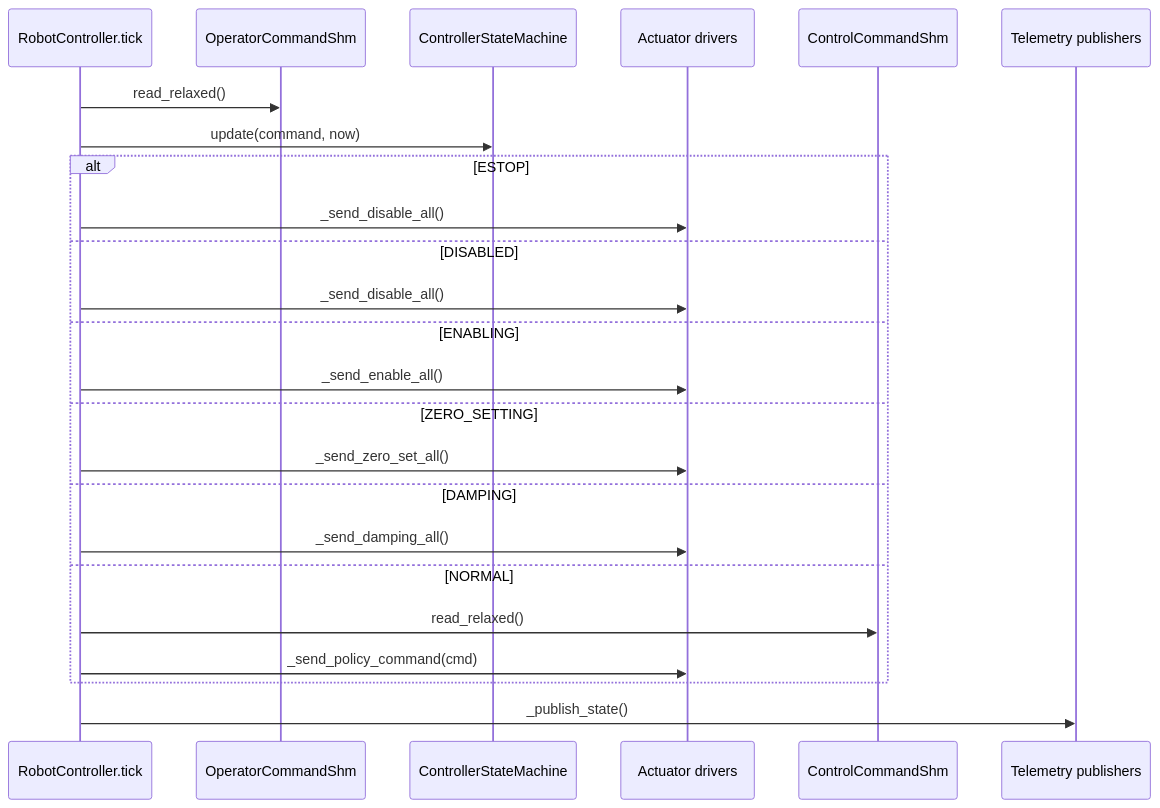
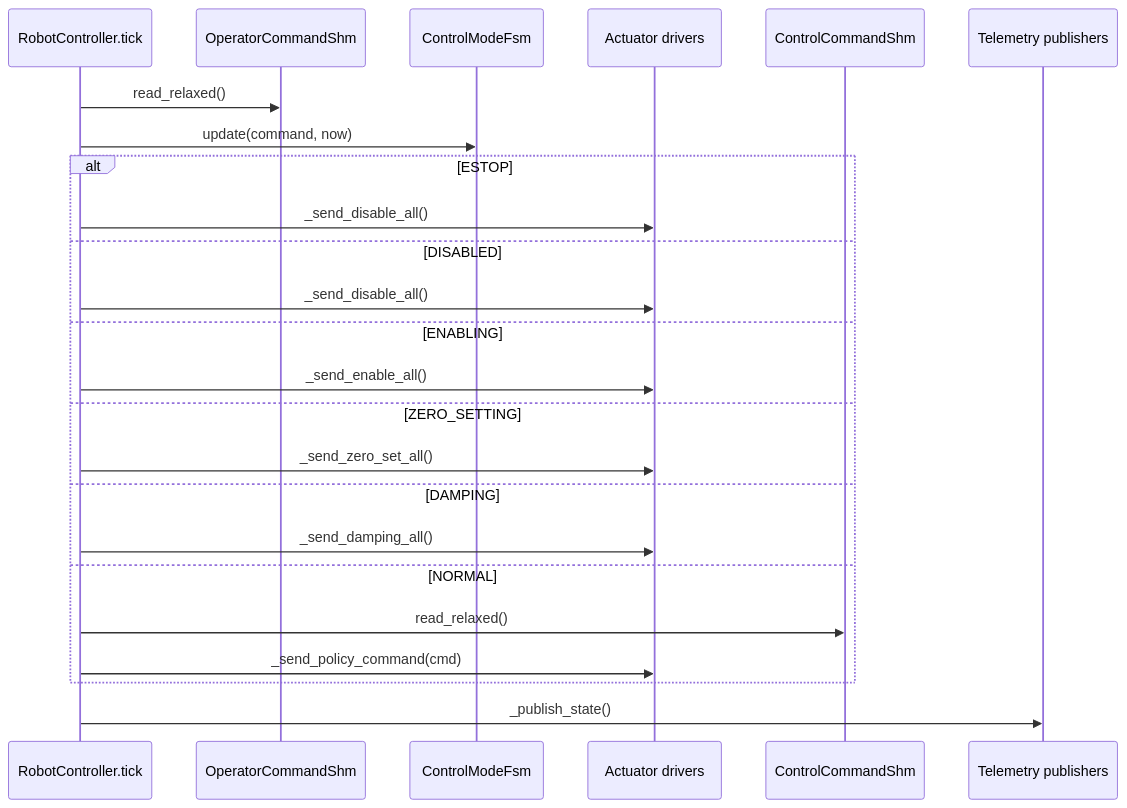
Before and after one commit to likesweetie/QHRR0-control: the diagram in docs/CONTROL_LOOP.md, drawn with Mermaid. The commit also changed 16 other files, not shown here.

````diff
--- a/docs/CONTROL_LOOP.md
+++ b/docs/CONTROL_LOOP.md
@@ -16,27 +16,27 @@
 ```mermaid
 sequenceDiagram
     participant RC as RobotController.tick
     participant OP as OperatorCommandShm
-    participant SM as ControllerStateMachine
+    participant SM as ControlModeFsm
     participant ACT as Actuator drivers
     participant CMD as ControlCommandShm
     participant PUB as Telemetry publishers
 
     RC->>OP: read_relaxed()
     RC->>SM: update(command, now)
     alt ESTOP
         RC->>ACT: _send_disable_all()
     else DISABLED
         RC->>ACT: _send_disable_all()
     else ENABLING
         RC->>ACT: _send_enable_all()
     else ZERO_SETTING
         RC->>ACT: _send_zero_set_all()
     else DAMPING
         RC->>ACT: _send_damping_all()
     else NORMAL
         RC->>CMD: read_relaxed()
         RC->>ACT: _send_policy_command(cmd)
     end
     RC->>PUB: _publish_state()
 ```
````
